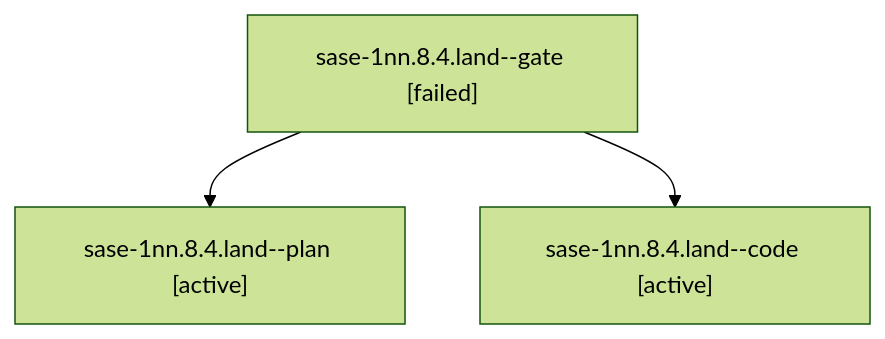
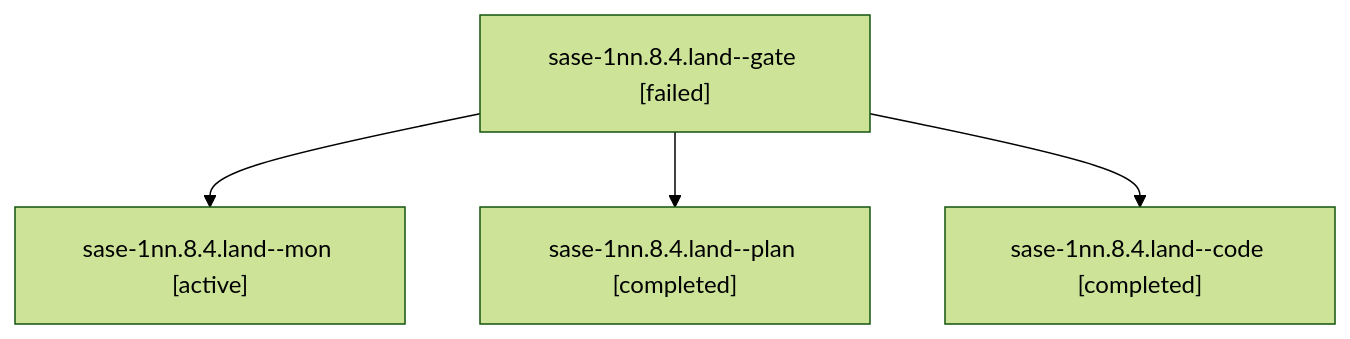
Before and after one commit to sase-org/sase--agents: the diagram in sessions/bbugyi200.athena.sase-1nn.8.4.land.md, drawn with Mermaid (forest theme). The commit also changed other lines of this file and 113 other files, not shown here.

````diff
--- a/sessions/bbugyi200.athena.sase-1nn.8.4.land.md
+++ b/sessions/bbugyi200.athena.sase-1nn.8.4.land.md
@@ -9,8 +9,10 @@
 ```mermaid
 flowchart TD
   n0["sase-1nn.8.4.land--gate [failed]"]
-  n1["sase-1nn.8.4.land--plan [active]"]
+  n1["sase-1nn.8.4.land--mon [active]"]
   n0 --> n1
-  n2["sase-1nn.8.4.land--code [active]"]
+  n2["sase-1nn.8.4.land--plan [completed]"]
   n0 --> n2
+  n3["sase-1nn.8.4.land--code [completed]"]
+  n0 --> n3
 ```
````
